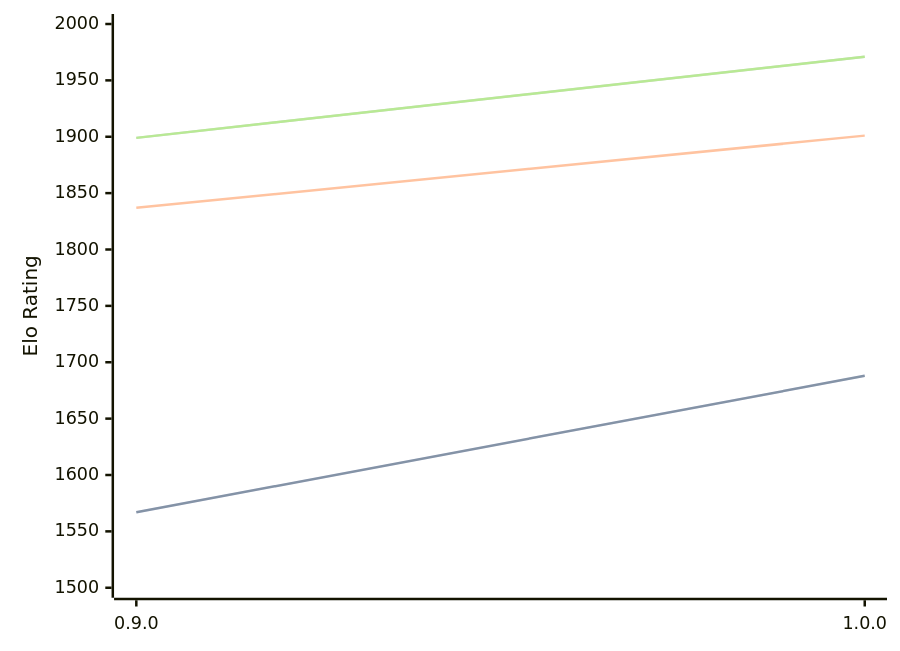
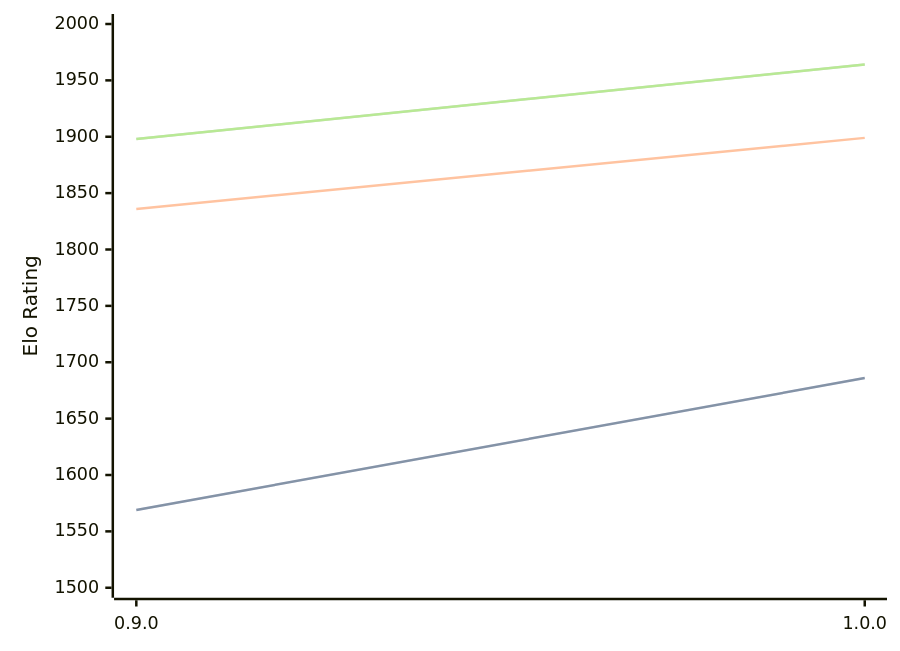
One commit to computer-chess-index/cci changed the diagram in engines/Ratsu.md. Above: the diagram before and after it, drawn with Mermaid. The commit also changed other lines of this file, not shown here.

Commit message:
Update CCI Ratings (ELO VLTC) - 2026-03-08

````diff
--- a/engines/Ratsu.md
+++ b/engines/Ratsu.md
@@ -30,11 +30,11 @@
 ```mermaid
 %%{init: {"theme":"base","themeVariables":{"seriesColors:['#a3a3a3','#222221','#faa371']}}}%%
 xychart-beta
   x-axis ["0.9.0", "1.0.0"]
   y-axis "Elo Rating" 1500 --> 2000
-  line "STC (8.0+0.08s)" [1567, 1688]
-  line "STC (8.0+0.08s)" [1567, 1688]
-  line "LTC (60.0+0.60s)" [1837, 1901]
-  line "VLTC (2m24s+1.12s)" [1899, 1971]
-  line "VLTC (2m24s+1.12s)" [1899, 1971]
+  line "STC (8.0+0.08s)" [1569, 1686]
+  line "STC (8.0+0.08s)" [1569, 1686]
+  line "LTC (60.0+0.60s)" [1836, 1899]
+  line "VLTC (2m24s+1.12s)" [1898, 1964]
+  line "VLTC (2m24s+1.12s)" [1898, 1964]
 ```
````
